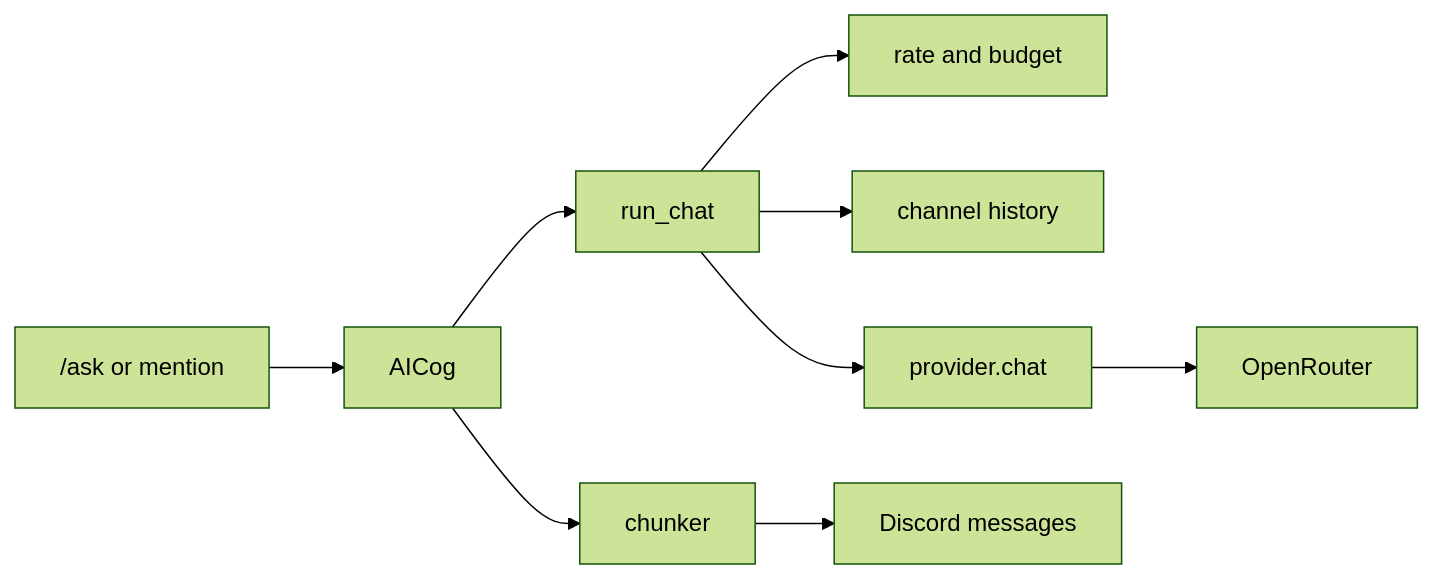
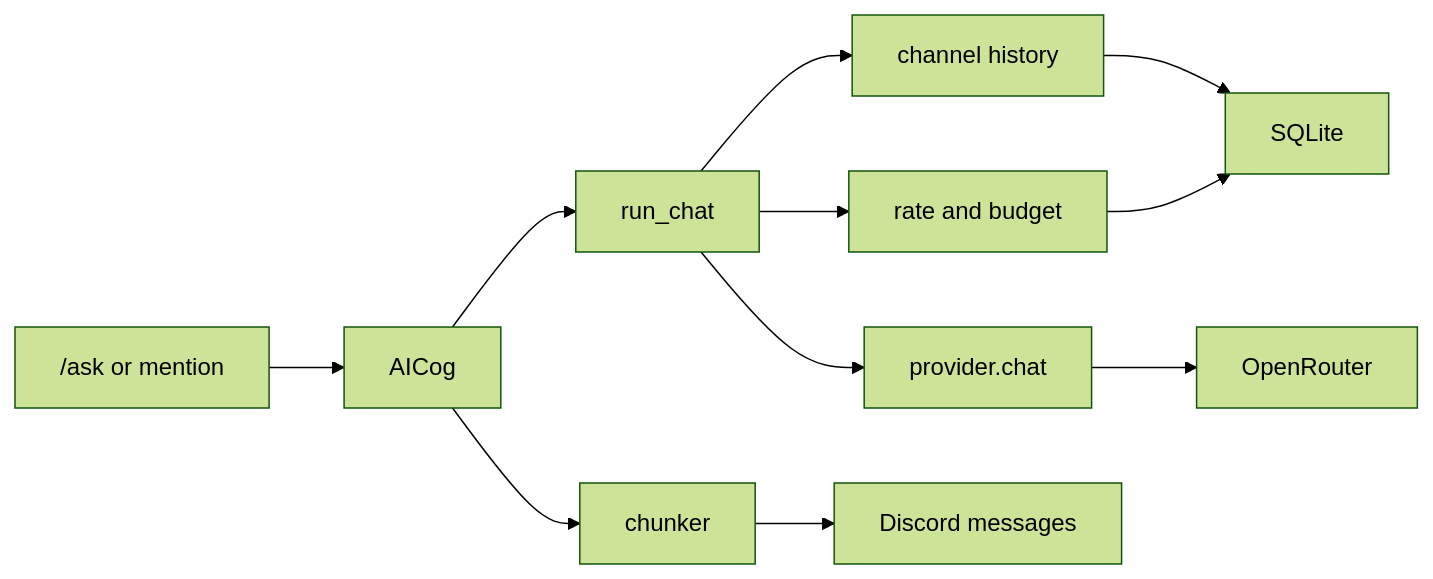
One commit to athivaratz/StrikerXBot-fork changed the diagram in docs/ai-chat.md. Above: the diagram before and after it, drawn with Mermaid (forest theme). The commit also changed other lines of this file and 1 other file, not shown here.

Commit message:
Document SQLite memory and the persona commands.

````diff
--- a/docs/ai-chat.md
+++ b/docs/ai-chat.md
@@ -5,11 +7,13 @@
 ```mermaid
 flowchart LR
   ask["/ask or mention"] --> cog[AICog]
   cog --> chat[run_chat]
   chat --> limits[rate and budget]
   chat --> history[channel history]
+  history --> sqlite[SQLite]
+  limits --> sqlite
   chat --> provider[provider.chat]
   provider --> openrouter[OpenRouter]
   cog --> chunker[chunker]
   chunker --> discordSend[Discord messages]
 ```
````
